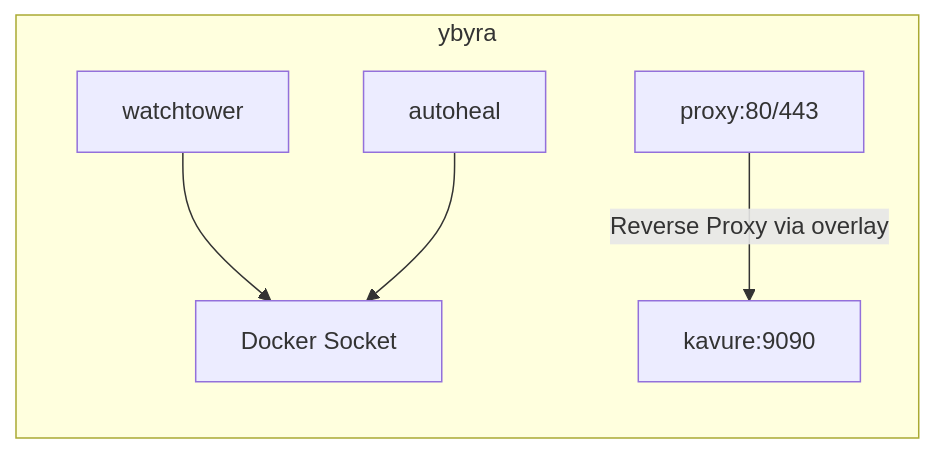
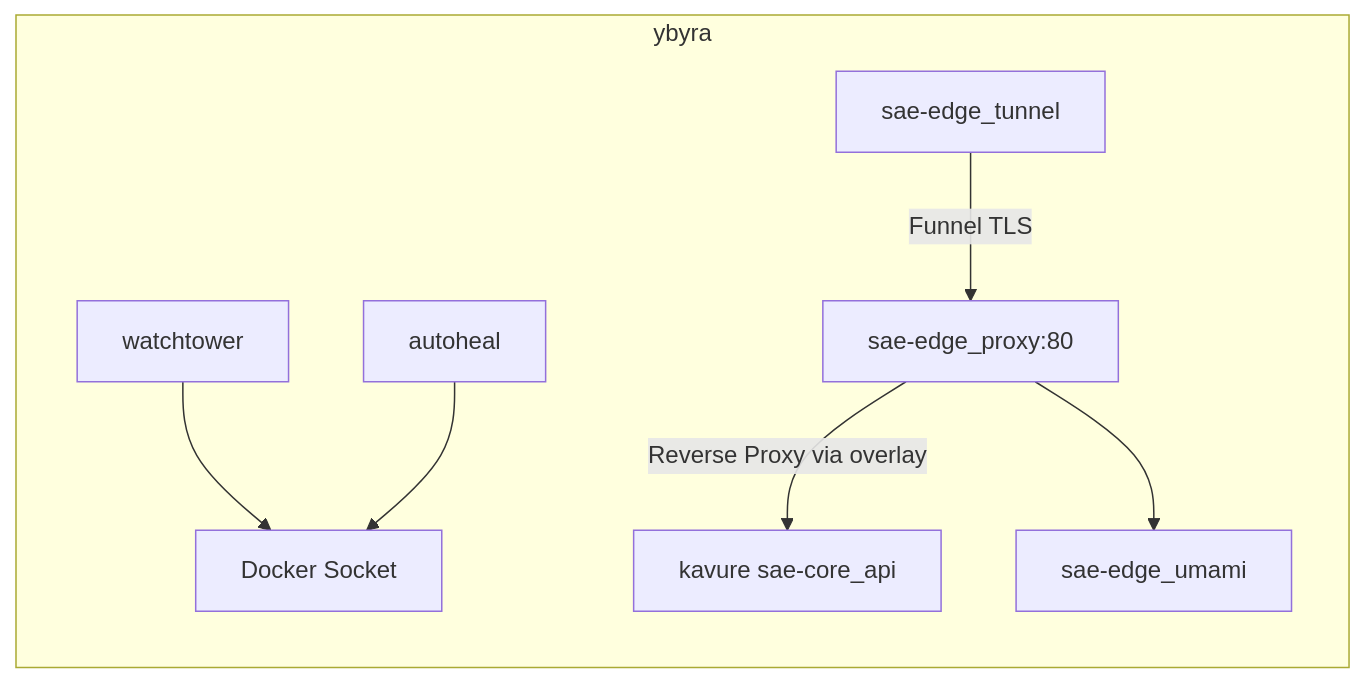
The third of 5 diagrams in network/service-topology.md (ceduardorodrig/MNEMOCINE), drawn with Mermaid before and after one commit. The commit also changed other lines of this file and 43 other files, not shown here.

````diff
--- a/network/service-topology.md
+++ b/network/service-topology.md
@@ -113,8 +121,10 @@
 ```mermaid
 graph LR
     subgraph ybyra
         W[watchtower] --> DS[Docker Socket]
         A[autoheal] --> DS
-        N[proxy:80/443] -->|Reverse Proxy via overlay| API[kavure:9090]
+        N[sae-edge_proxy:80] -->|Reverse Proxy via overlay| API[kavure sae-core_api]
+        N --> U[sae-edge_umami]
+        T[sae-edge_tunnel] -->|Funnel TLS| N
     end
 ```
````
